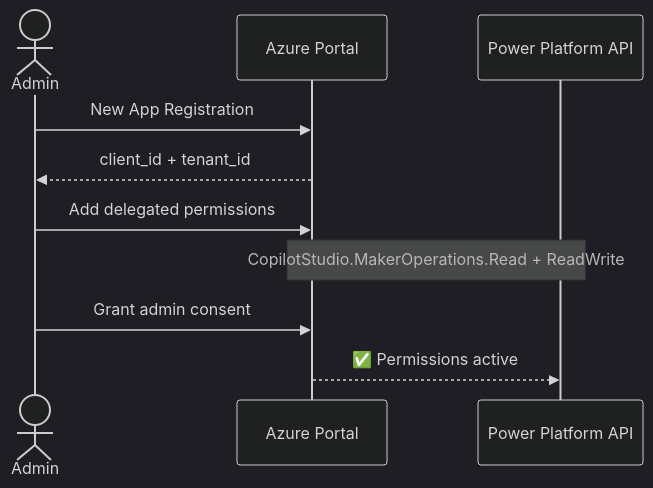
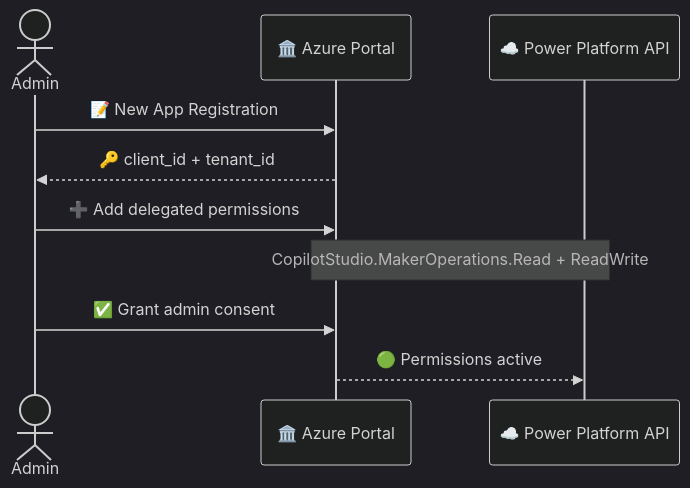
Before and after one commit to kaul-vineet/LLMDriftTracker: the second of 3 diagrams in README.md, drawn with Mermaid (dark theme). The commit also changed other lines of this file, not shown here.

````diff
--- a/README.md
+++ b/README.md
@@ -199,13 +199,13 @@
 ```mermaid
 sequenceDiagram
     actor Admin
-    participant Portal as Azure Portal
-    participant PP as Power Platform API
+    participant Portal as 🏛️ Azure Portal
+    participant PP as ☁️ Power Platform API
 
-    Admin->>Portal: New App Registration
-    Portal-->>Admin: client_id + tenant_id
-    Admin->>Portal: Add delegated permissions
+    Admin->>Portal: 📝 New App Registration
+    Portal-->>Admin: 🔑 client_id + tenant_id
+    Admin->>Portal: ➕ Add delegated permissions
     Note over Portal,PP: CopilotStudio.MakerOperations.Read + ReadWrite
-    Admin->>Portal: Grant admin consent
-    Portal-->>PP: ✅ Permissions active
+    Admin->>Portal: ✅ Grant admin consent
+    Portal-->>PP: 🟢 Permissions active
 ```
````
